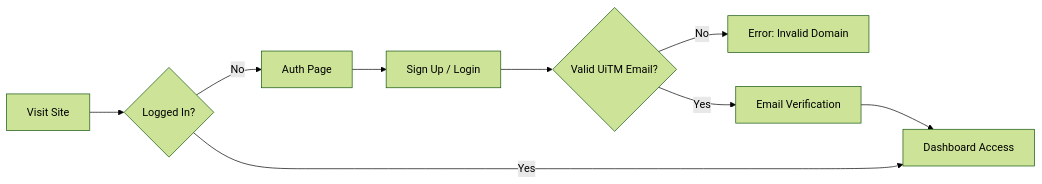
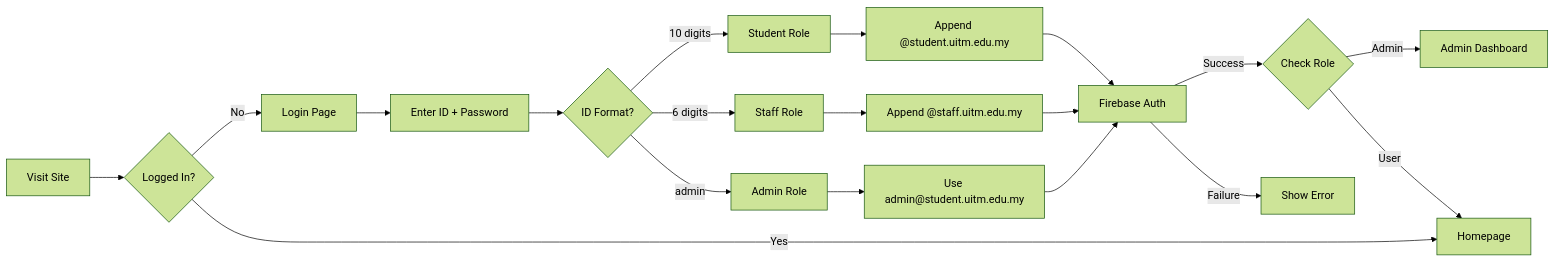
The first of 4 diagrams in README.md (qieyl345/Web-Based_Book_E-Marketplace_with_Data_Visualization_for_Uitm), drawn with Mermaid (forest theme) before and after one commit. The commit also changed other lines of this file and 1 other file, not shown here.

````diff
--- a/README.md
+++ b/README.md
@@ -298,11 +473,21 @@
 ```mermaid
 flowchart LR
     A[Visit Site] --> B{Logged In?}
-    B -->|No| C[Auth Page]
-    C --> D[Sign Up / Login]
-    D --> E{Valid UiTM Email?}
-    E -->|No| F[Error: Invalid Domain]
-    E -->|Yes| G[Email Verification]
-    G --> H[Dashboard Access]
-    B -->|Yes| H
+    B -->|No| C[Login Page]
+    C --> D[Enter ID + Password]
+    D --> E{ID Format?}
+    E -->|10 digits| F[Student Role]
+    E -->|6 digits| G[Staff Role]
+    E -->|admin| H[Admin Role]
+    F --> I[Append @student.uitm.edu.my]
+    G --> J[Append @staff.uitm.edu.my]
+    H --> K[Use admin@student.uitm.edu.my]
+    I --> L[Firebase Auth]
+    J --> L
+    K --> L
+    L -->|Success| M{Check Role}
+    M -->|Admin| N[Admin Dashboard]
+    M -->|User| O[Homepage]
+    L -->|Failure| P[Show Error]
+    B -->|Yes| O
 ```
````
